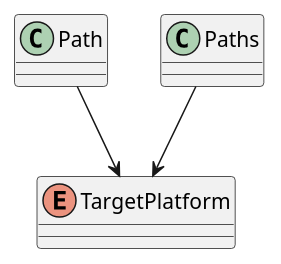
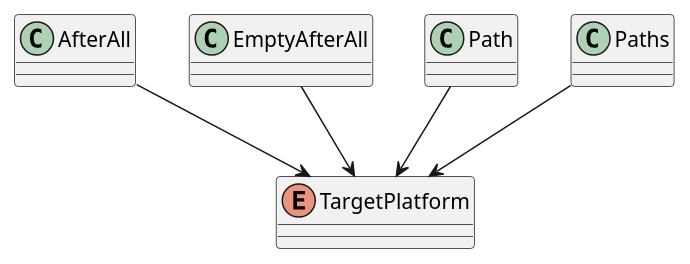
The diagram in src/web/magmac/app/lang/TargetPlatform.puml (Magma-Foundation/Magma), drawn with PlantUML before and after one commit. The commit also changed 4 other files, not shown here.

```diff
--- a/src/web/magmac/app/lang/TargetPlatform.puml
+++ b/src/web/magmac/app/lang/TargetPlatform.puml
@@ -1,3 +1,5 @@
+AfterAll --> TargetPlatform
+EmptyAfterAll --> TargetPlatform
 Path --> TargetPlatform
 Paths --> TargetPlatform
 enum TargetPlatform
```
